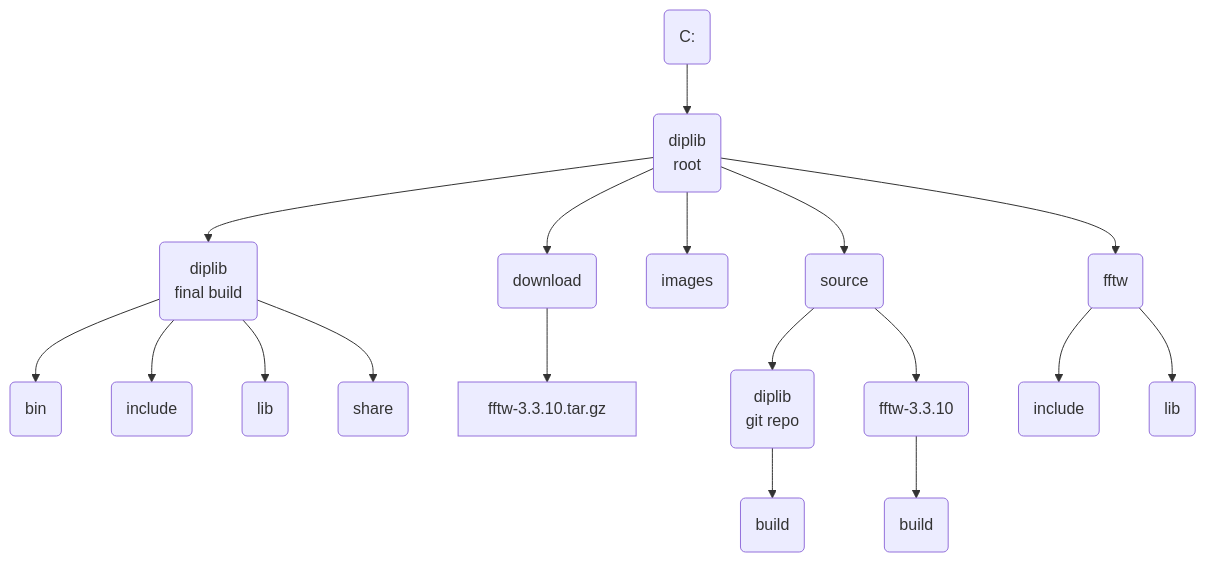
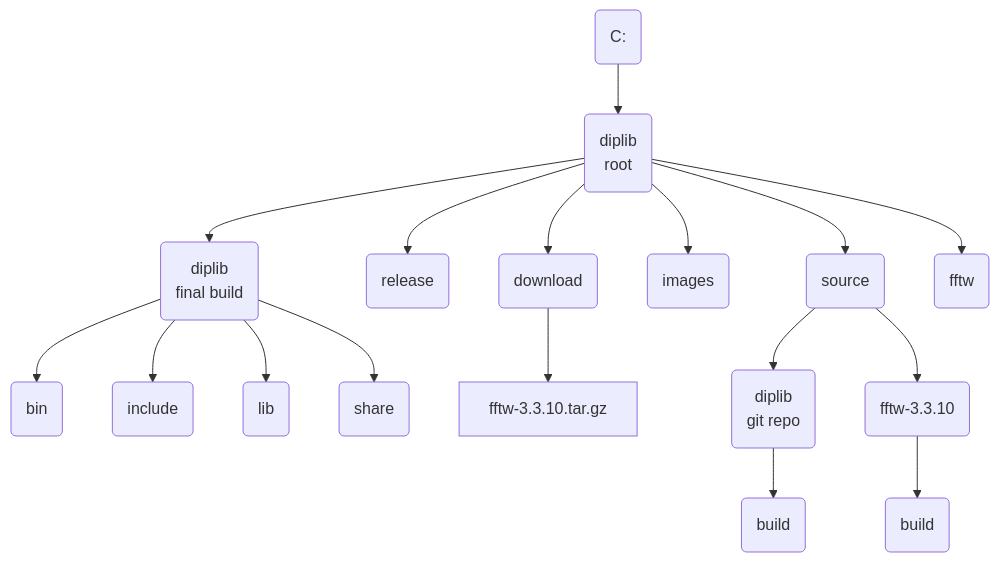
One commit to DIPlib/diplib changed the diagram in doc/src/releases/windows_release.md. Above: the diagram before and after it, drawn with Mermaid. The commit also changed other lines of this file and 2 other files, not shown here.

````diff
--- a/doc/src/releases/windows_release.md
+++ b/doc/src/releases/windows_release.md
@@ -27,20 +27,19 @@
 ```mermaid
 graph
     root(C:) --> 1(diplib<br>root)
     1 --> 11(diplib<br>final build)
-    1 --> 12(download)
-    1 --> 13(images)
-    1 --> 14(source)
-    1 --> 15(fftw)
+    1 --> 12(release)
+    1 --> 13(download)
+    1 --> 14(images)
+    1 --> 15(source)
+    1 --> 16(fftw)
     11 --> 111(bin)
     11 --> 112(include)
     11 --> 113(lib)
     11 --> 114(share)
-    12 --> 121[fftw-3.3.10.tar.gz]
-    14 --> 141(diplib<br>git repo)
-    14 --> 142(fftw-3.3.10)
-    141 --> 1411(build)
-    142 --> 1421(build)
-    15 --> 151(include)
-    15 --> 152(lib)
+    13 --> 131[fftw-3.3.10.tar.gz]
+    15 --> 151(diplib<br>git repo)
+    15 --> 152(fftw-3.3.10)
+    151 --> 1511(build)
+    152 --> 1521(build)
 ```
````
